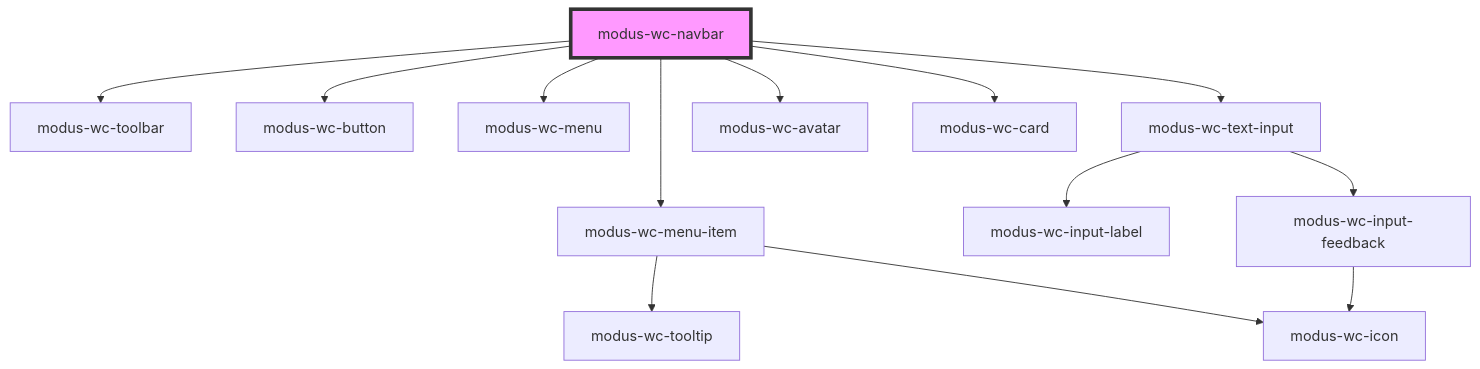
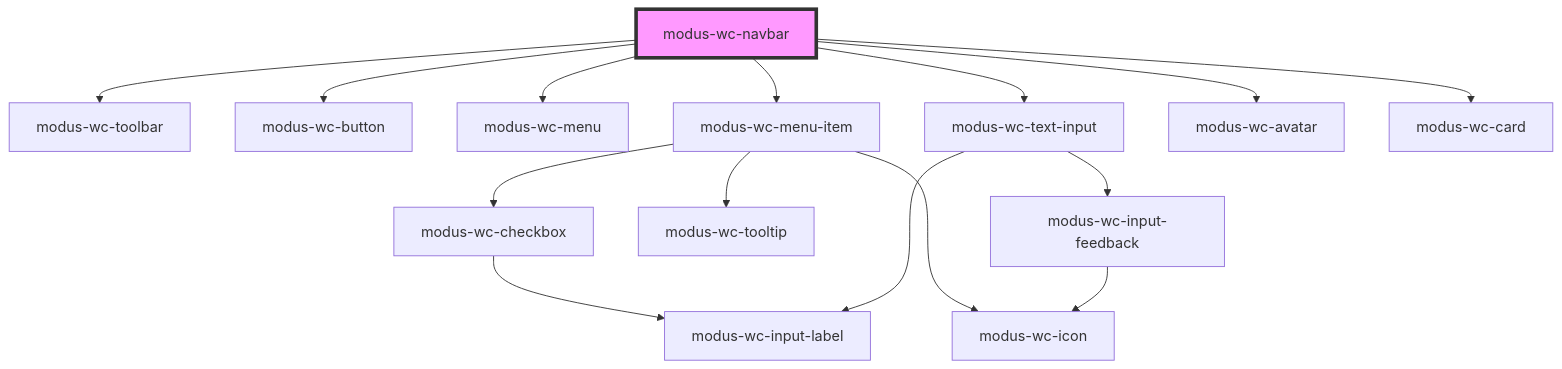
Before and after one commit to trimble-oss/modus-wc-2.0: the diagram in src/components/modus-wc-navbar/readme.md, drawn with Mermaid. The commit also changed 16 other files, not shown here.

Commit message:
Add checkbox to the autocomplete menu (#570)

````diff
--- a/src/components/modus-wc-navbar/readme.md
+++ b/src/components/modus-wc-navbar/readme.md
@@ -67,16 +67,18 @@
 ```mermaid
 graph TD;
   modus-wc-navbar --> modus-wc-toolbar
   modus-wc-navbar --> modus-wc-button
   modus-wc-navbar --> modus-wc-menu
   modus-wc-navbar --> modus-wc-menu-item
   modus-wc-navbar --> modus-wc-text-input
   modus-wc-navbar --> modus-wc-avatar
   modus-wc-navbar --> modus-wc-card
+  modus-wc-menu-item --> modus-wc-checkbox
   modus-wc-menu-item --> modus-wc-tooltip
   modus-wc-menu-item --> modus-wc-icon
+  modus-wc-checkbox --> modus-wc-input-label
   modus-wc-text-input --> modus-wc-input-label
   modus-wc-text-input --> modus-wc-input-feedback
   modus-wc-input-feedback --> modus-wc-icon
   style modus-wc-navbar fill:#f9f,stroke:#333,stroke-width:4px
 ```
````
